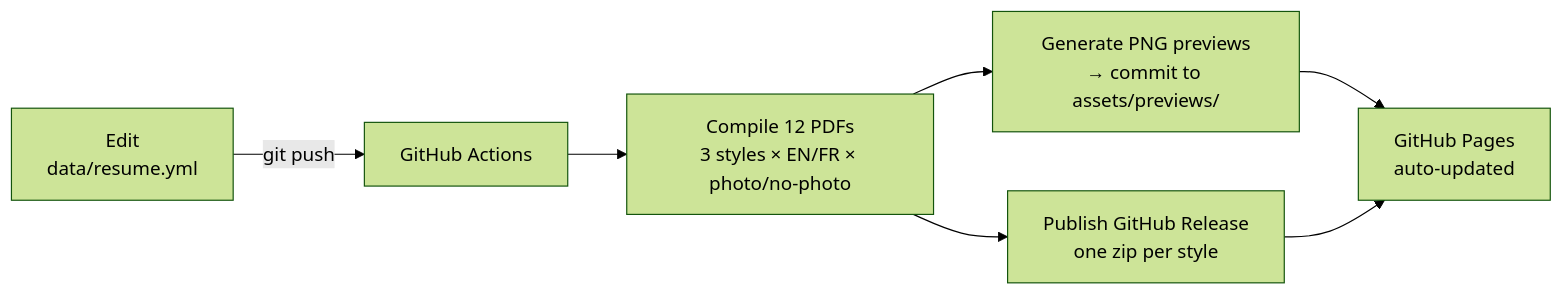
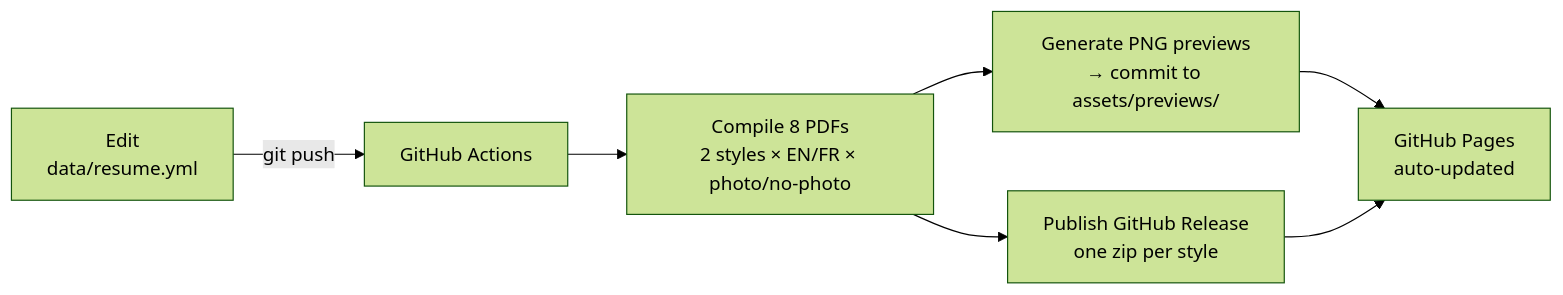
Before and after one commit to antoinedenovembre/resume: the diagram in README.md, drawn with Mermaid (forest theme). The commit also changed other lines of this file and 15 other files, not shown here.

````diff
--- a/README.md
+++ b/README.md
@@ -49,9 +49,9 @@
 ```mermaid
 flowchart LR
     A["Edit\ndata/resume.yml"] -->|git push| B["GitHub Actions"]
-    B --> C["Compile 12 PDFs\n3 styles × EN/FR × photo/no-photo"]
+    B --> C["Compile 8 PDFs\n2 styles × EN/FR × photo/no-photo"]
     C --> D["Generate PNG previews\n→ commit to assets/previews/"]
     C --> E["Publish GitHub Release\none zip per style"]
     D --> F["GitHub Pages\nauto-updated"]
     E --> F
 ```
````
